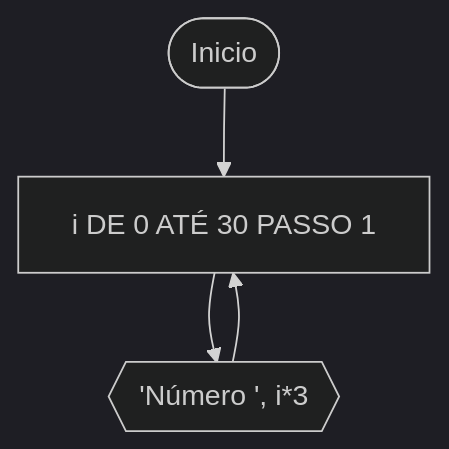
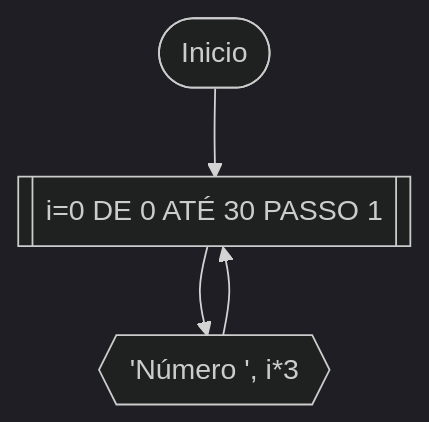
Before and after one commit to stuffxdd/Unifor: the second of 2 diagrams in RLA/lista3_exercicios.md, drawn with Mermaid (dark theme).

````diff
--- a/RLA/lista3_exercicios.md
+++ b/RLA/lista3_exercicios.md
@@ -55,8 +55,8 @@
 ```mermaid
 flowchart TD
 
-A([Inicio]) --> B[i DE 0 ATÉ 30 PASSO 1]
+A([Inicio]) --> B[[i=0 DE 0 ATÉ 30 PASSO 1]]
 B --> C{{'Número ', i*3}}
 C --> B
 
 ```
````
